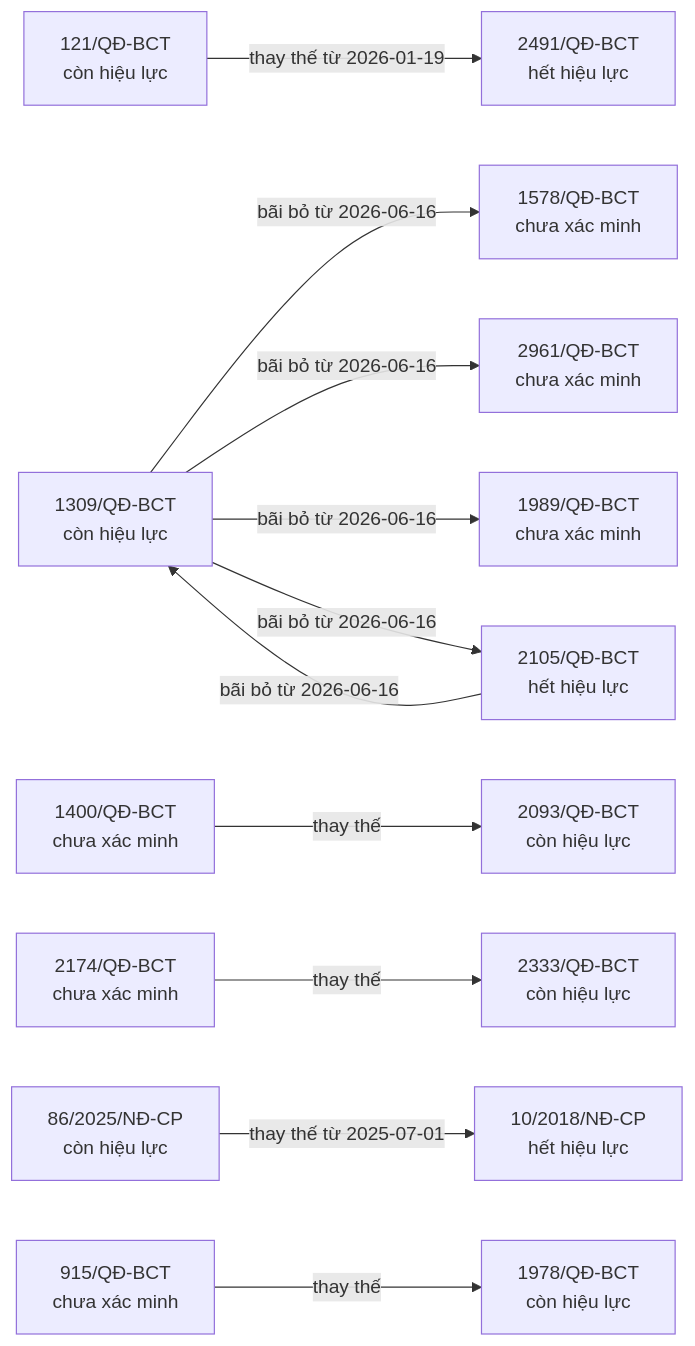
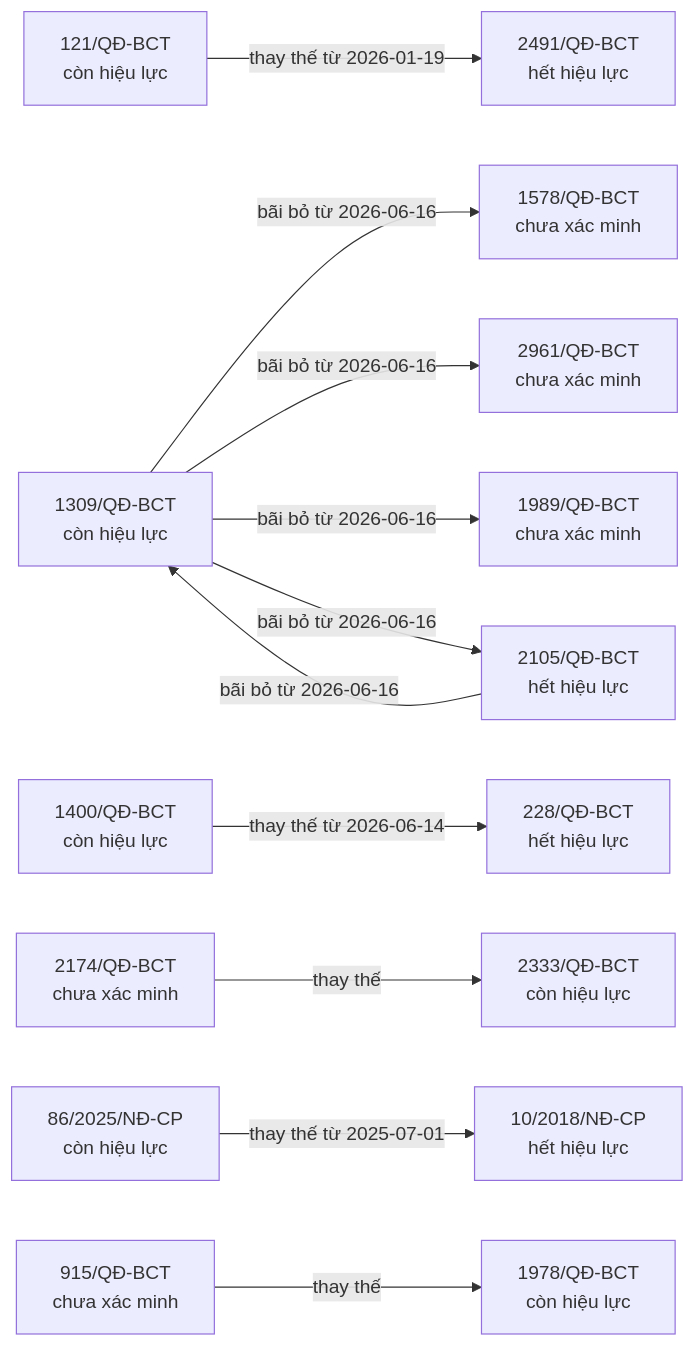
One commit to ozvietnam/oz-wiki-plhq changed the sixth of 10 diagrams in bao-cao/quan-he.md. Above: the diagram before and after it, drawn with Mermaid. The commit also changed other lines of this file and 7 other files, not shown here.

````diff
--- a/bao-cao/quan-he.md
+++ b/bao-cao/quan-he.md
@@ -420,28 +420,28 @@
 ```mermaid
 flowchart LR
   n_121_Q__BCT["121/QĐ-BCT<br/>còn hiệu lực"]
   n_2491_Q__BCT["2491/QĐ-BCT<br/>hết hiệu lực"]
   n_1309_Q__BCT["1309/QĐ-BCT<br/>còn hiệu lực"]
   n_1578_Q__BCT["1578/QĐ-BCT<br/>chưa xác minh"]
   n_2961_Q__BCT["2961/QĐ-BCT<br/>chưa xác minh"]
   n_1989_Q__BCT["1989/QĐ-BCT<br/>chưa xác minh"]
   n_2105_Q__BCT["2105/QĐ-BCT<br/>hết hiệu lực"]
-  n_1400_Q__BCT["1400/QĐ-BCT<br/>chưa xác minh"]
-  n_2093_Q__BCT["2093/QĐ-BCT<br/>còn hiệu lực"]
+  n_1400_Q__BCT["1400/QĐ-BCT<br/>còn hiệu lực"]
+  n_228_Q__BCT["228/QĐ-BCT<br/>hết hiệu lực"]
   n_2174_Q__BCT["2174/QĐ-BCT<br/>chưa xác minh"]
   n_2333_Q__BCT["2333/QĐ-BCT<br/>còn hiệu lực"]
   n_86_2025_N__CP["86/2025/NĐ-CP<br/>còn hiệu lực"]
   n_10_2018_N__CP["10/2018/NĐ-CP<br/>hết hiệu lực"]
   n_915_Q__BCT["915/QĐ-BCT<br/>chưa xác minh"]
   n_1978_Q__BCT["1978/QĐ-BCT<br/>còn hiệu lực"]
   n_121_Q__BCT -->|thay thế từ 2026-01-19| n_2491_Q__BCT
   n_1309_Q__BCT -->|bãi bỏ từ 2026-06-16| n_1578_Q__BCT
   n_1309_Q__BCT -->|bãi bỏ từ 2026-06-16| n_2961_Q__BCT
   n_1309_Q__BCT -->|bãi bỏ từ 2026-06-16| n_1989_Q__BCT
   n_1309_Q__BCT -->|bãi bỏ từ 2026-06-16| n_2105_Q__BCT
-  n_1400_Q__BCT -->|thay thế| n_2093_Q__BCT
+  n_1400_Q__BCT -->|thay thế từ 2026-06-14| n_228_Q__BCT
   n_2105_Q__BCT -->|bãi bỏ từ 2026-06-16| n_1309_Q__BCT
   n_2174_Q__BCT -->|thay thế| n_2333_Q__BCT
   n_86_2025_N__CP -->|thay thế từ 2025-07-01| n_10_2018_N__CP
   n_915_Q__BCT -->|thay thế| n_1978_Q__BCT
 ```
````
